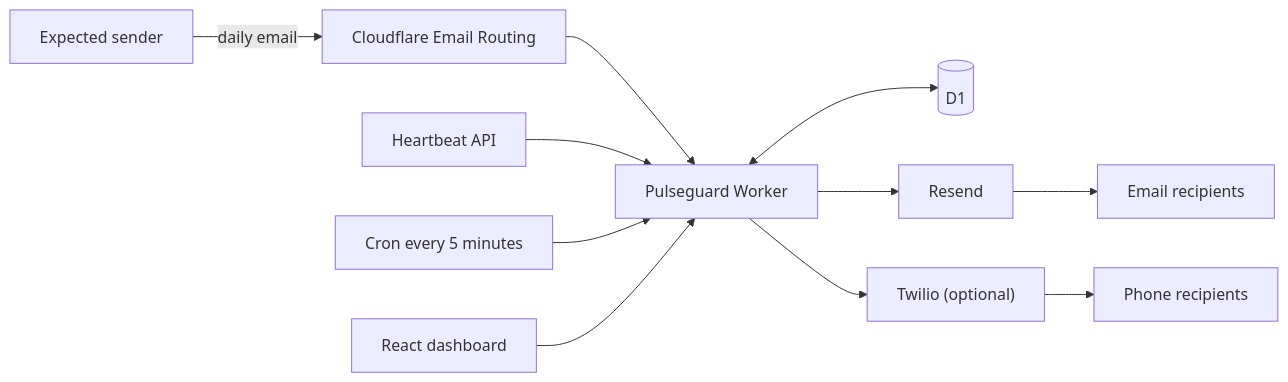
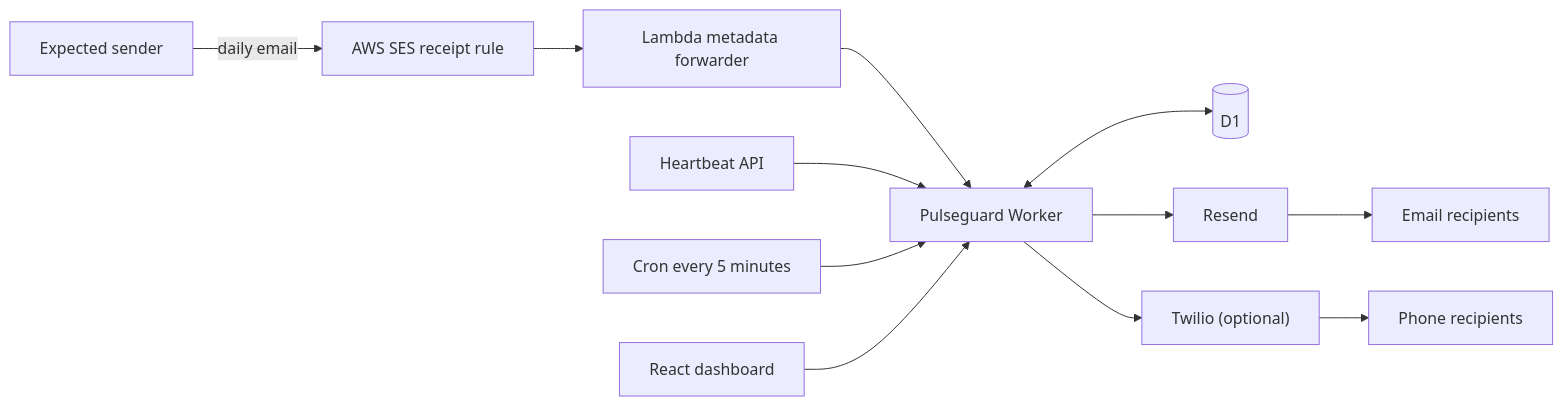
One commit to the-jolly-green-bryant/pulseguard changed the diagram in docs/architecture.md. Above: the diagram before and after it, drawn with Mermaid. The commit also changed 9 other files, not shown here.

````diff
--- a/docs/architecture.md
+++ b/docs/architecture.md
@@ -5,13 +5,14 @@
 ```mermaid
 flowchart LR
   S["Expected sender"] -->|daily email| ER["Cloudflare Email Routing"]
-  ER --> W["Pulseguard Worker"]
+  ER["AWS SES receipt rule"] --> L["Lambda metadata forwarder"]
+  L --> W["Pulseguard Worker"]
   API["Heartbeat API"] --> W
   C["Cron every 5 minutes"] --> W
   W <--> D[("D1")]
   W --> R["Resend"]
   W --> T["Twilio (optional)"]
   R --> E["Email recipients"]
   T --> P["Phone recipients"]
   B["React dashboard"] --> W
 ```
````
